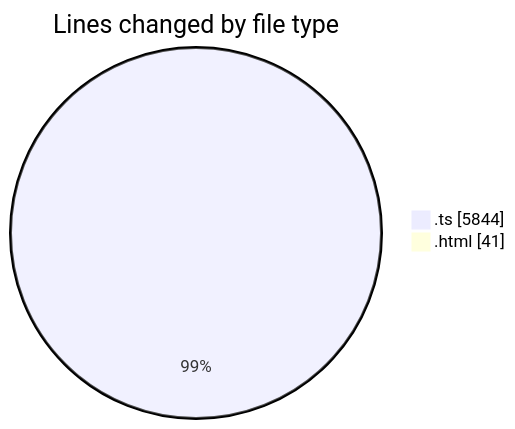
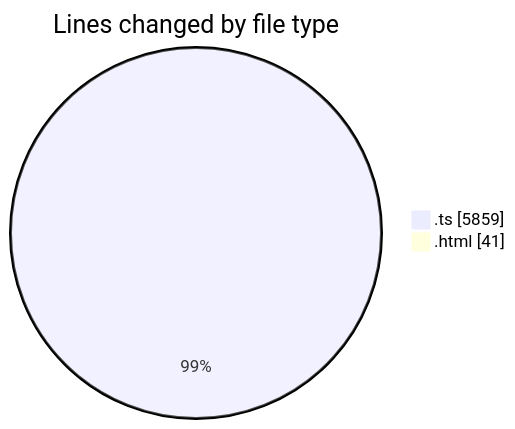
One commit to tmsrecording-cyber/code-tracking changed the first of 2 diagrams in 2026-02-08/singularitybrainai/README.md. Above: the diagram before and after it, drawn with Mermaid. The commit also changed other lines of this file and 1 other file, not shown here.

````diff
--- a/2026-02-08/singularitybrainai/README.md
+++ b/2026-02-08/singularitybrainai/README.md
@@ -27,6 +27,6 @@
 ```mermaid
 pie showData
 title Lines changed by file type
-".ts" : 5844
+".ts" : 5859
 ".html" : 41
 ```
````
